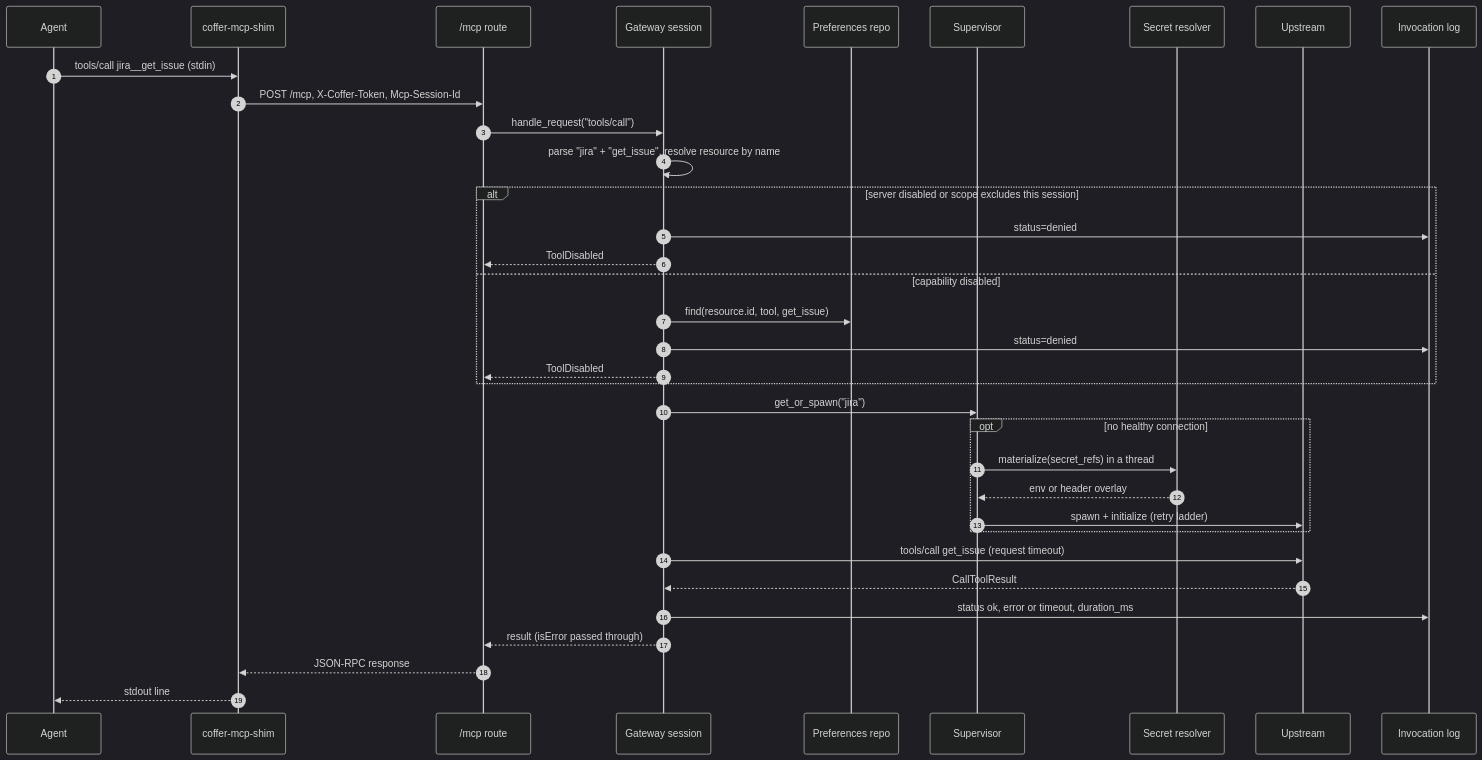
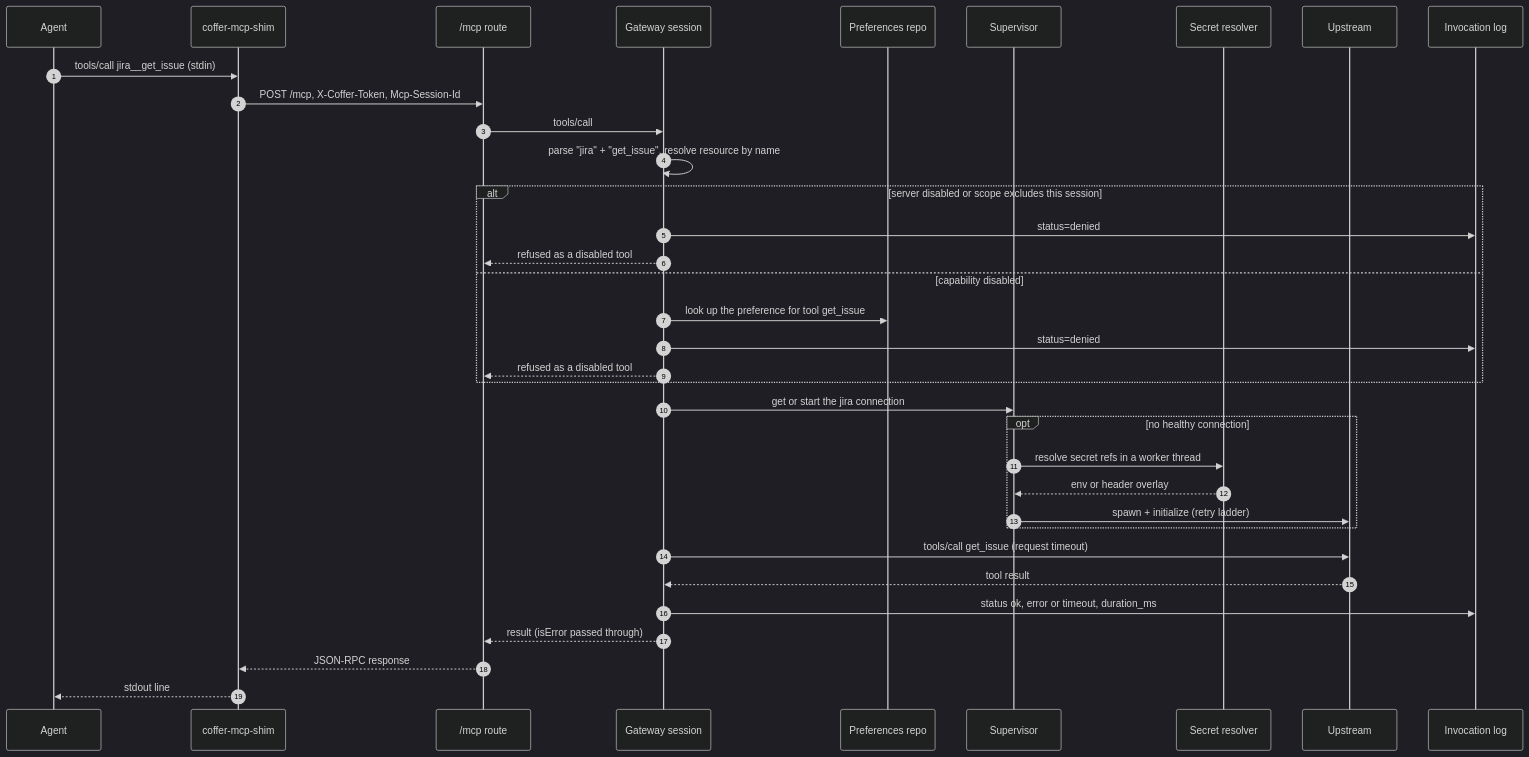
Before and after one commit to wyx-sg/Coffer: the third of 4 diagrams in docs-site/architecture/mcp-gateway.md, drawn with Mermaid (dark theme). The commit also changed other lines of this file and 29 other files, not shown here.

First line of the commit message:
docs(site): explain the architecture in plain terms, without source detail

````diff
--- a/docs-site/architecture/mcp-gateway.md
+++ b/docs-site/architecture/mcp-gateway.md
@@ -198,37 +198,37 @@
 ```mermaid
 sequenceDiagram
   autonumber
   participant A as Agent
   participant S as coffer-mcp-shim
   participant R as /mcp route
   participant G as Gateway session
   participant P as Preferences repo
   participant V as Supervisor
   participant C as Secret resolver
   participant U as Upstream
   participant L as Invocation log
   A->>S: tools/call jira__get_issue (stdin)
   S->>R: POST /mcp, X-Coffer-Token, Mcp-Session-Id
-  R->>G: handle_request("tools/call")
+  R->>G: tools/call
   G->>G: parse "jira" + "get_issue", resolve resource by name
   alt server disabled or scope excludes this session
     G->>L: status=denied
-    G-->>R: ToolDisabled
+    G-->>R: refused as a disabled tool
   else capability disabled
-    G->>P: find(resource.id, tool, get_issue)
+    G->>P: look up the preference for tool get_issue
     G->>L: status=denied
-    G-->>R: ToolDisabled
+    G-->>R: refused as a disabled tool
   end
-  G->>V: get_or_spawn("jira")
+  G->>V: get or start the jira connection
   opt no healthy connection
-    V->>C: materialize(secret_refs) in a thread
+    V->>C: resolve secret refs in a worker thread
     C-->>V: env or header overlay
     V->>U: spawn + initialize (retry ladder)
   end
   G->>U: tools/call get_issue (request timeout)
-  U-->>G: CallToolResult
+  U-->>G: tool result
   G->>L: status ok, error or timeout, duration_ms
   G-->>R: result (isError passed through)
   R-->>S: JSON-RPC response
   S-->>A: stdout line
 ```
````
